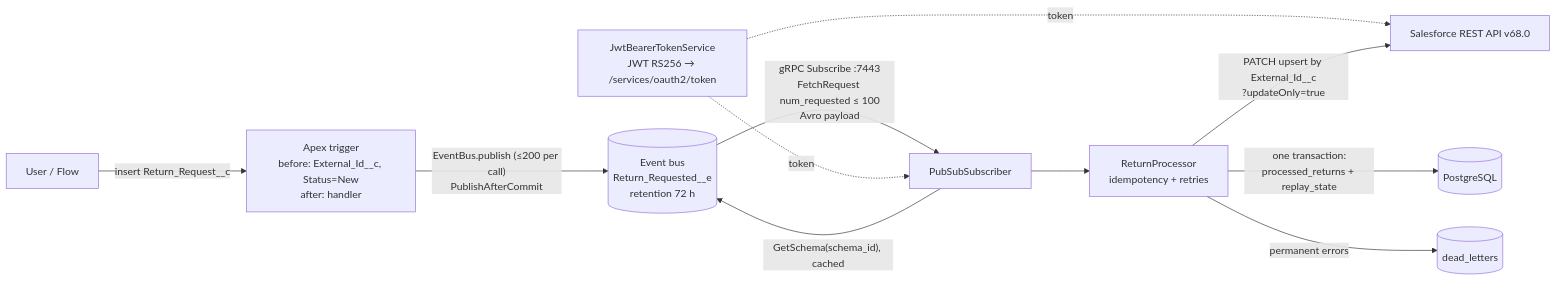
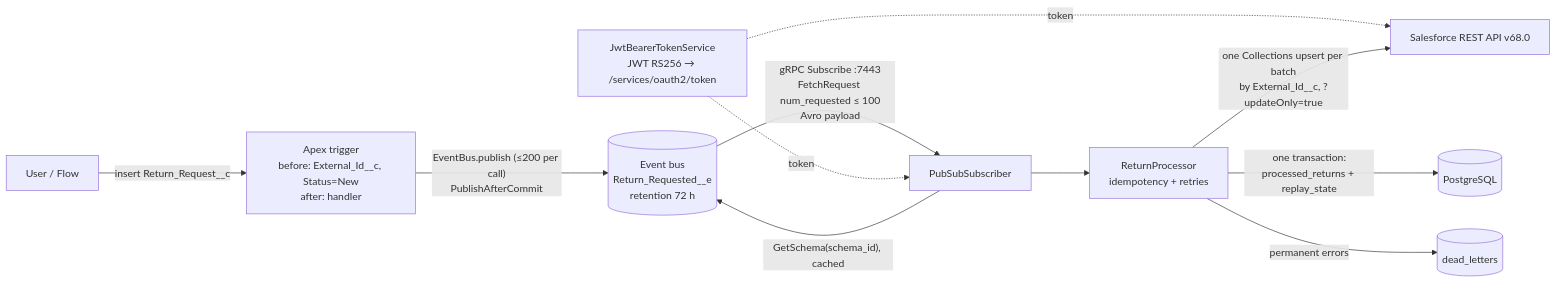
The diagram in README.md (a-kamalov781/sf-returns-sync-java), drawn with Mermaid before and after one commit. The commit also changed other lines of this file and 11 other files, not shown here.

First line of the commit message:
Batch the status write-back: one sObject Collections upsert per FetchResponse

````diff
--- a/README.md
+++ b/README.md
@@ -33,13 +34,13 @@
 ```mermaid
 flowchart LR
     U[User / Flow] -->|insert Return_Request__c| T["Apex trigger<br/>before: External_Id__c, Status=New<br/>after: handler"]
     T -->|"EventBus.publish (≤200 per call)<br/>PublishAfterCommit"| B[("Event bus<br/>Return_Requested__e<br/>retention 72 h")]
     B -->|"gRPC Subscribe :7443<br/>FetchRequest num_requested ≤ 100<br/>Avro payload"| S[PubSubSubscriber]
     S -->|"GetSchema(schema_id), cached"| B
     J["JwtBearerTokenService<br/>JWT RS256 → /services/oauth2/token"] -.token.-> S
     J -.token.-> R
     S --> P["ReturnProcessor<br/>idempotency + retries"]
-    P -->|"PATCH upsert by External_Id__c<br/>?updateOnly=true"| R[Salesforce REST API v68.0]
+    P -->|"one Collections upsert per batch<br/>by External_Id__c, ?updateOnly=true"| R[Salesforce REST API v68.0]
     P -->|"one transaction:<br/>processed_returns + replay_state"| DB[(PostgreSQL)]
     P -->|permanent errors| DL[(dead_letters)]
 ```
````
